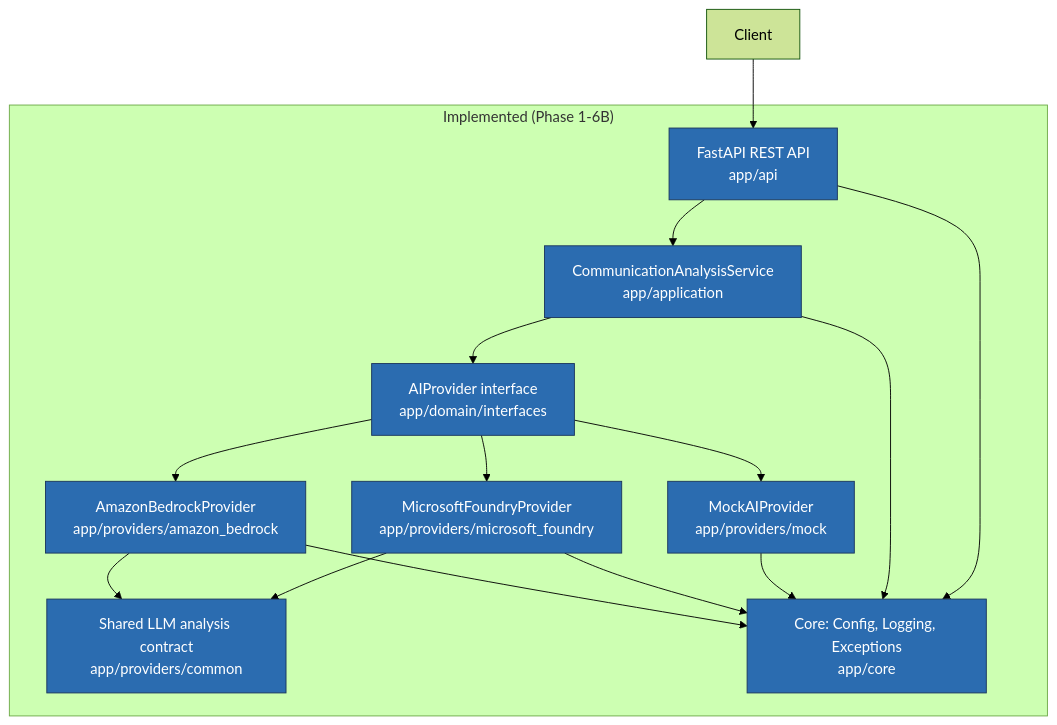
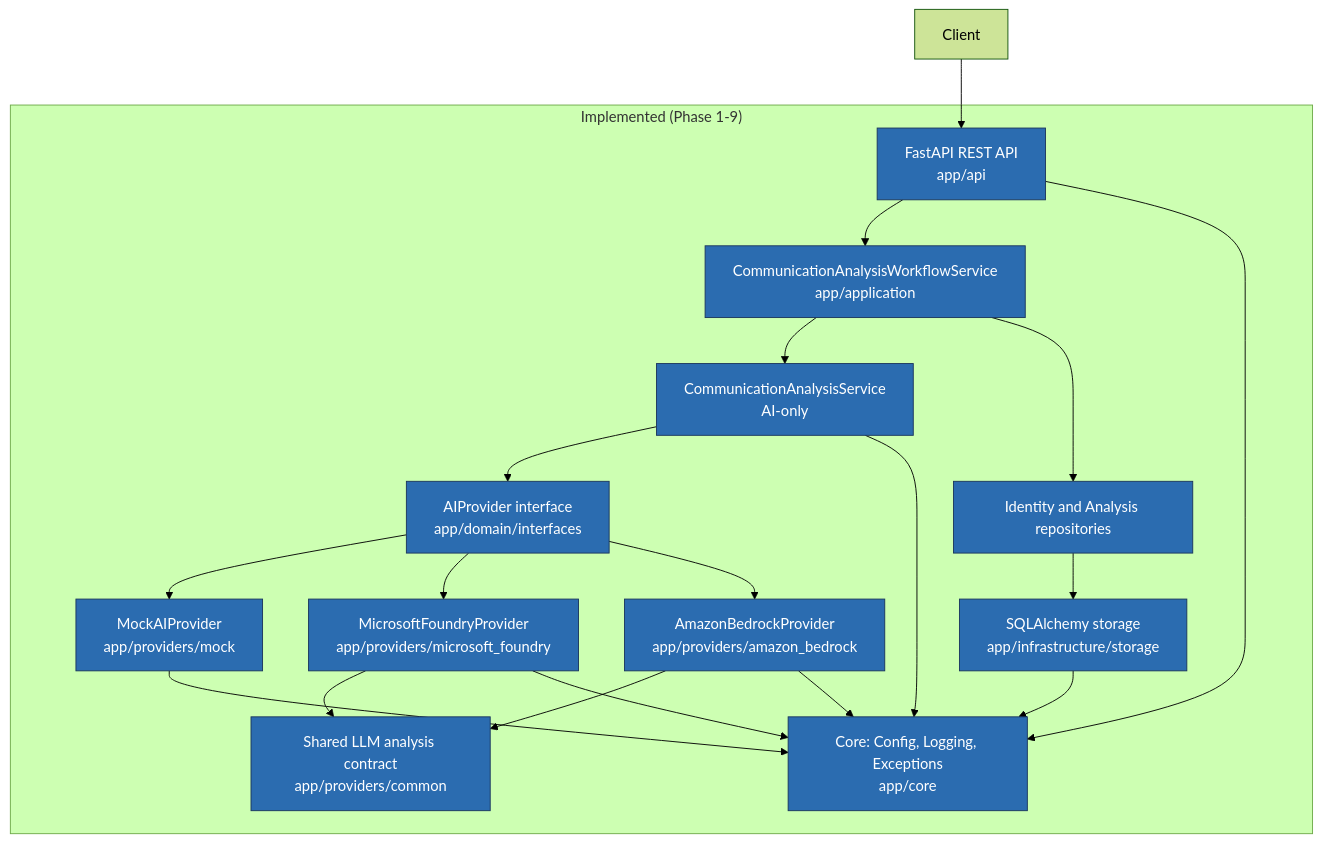
Before and after one commit to Susanta2025-lab/enterprise-communication-intelligence: the diagram in docs/diagrams/architecture.mmd, drawn with Mermaid (forest theme). The commit also changed 34 other files, not shown here.

Commit message:
docs: complete phase 9 persistence architecture

```diff
--- a/docs/diagrams/architecture.mmd
+++ b/docs/diagrams/architecture.mmd
@@ -1,31 +1,38 @@
 graph TB
     Client[Client]
 
-    subgraph Implemented["Implemented (Phase 1-6B)"]
+    subgraph Implemented["Implemented (Phase 1-9)"]
         API["FastAPI REST API<br/>app/api"]
-        App["CommunicationAnalysisService<br/>app/application"]
+        Workflow["CommunicationAnalysisWorkflowService<br/>app/application"]
+        App["CommunicationAnalysisService<br/>AI-only"]
         Iface["AIProvider interface<br/>app/domain/interfaces"]
         Mock["MockAIProvider<br/>app/providers/mock"]
         Foundry["MicrosoftFoundryProvider<br/>app/providers/microsoft_foundry"]
         Bedrock["AmazonBedrockProvider<br/>app/providers/amazon_bedrock"]
         Common["Shared LLM analysis contract<br/>app/providers/common"]
+        Repos["Identity and Analysis repositories"]
+        Storage["SQLAlchemy storage<br/>app/infrastructure/storage"]
         Core["Core: Config, Logging, Exceptions<br/>app/core"]
     end
 
     Client --> API
-    API --> App
+    API --> Workflow
+    Workflow --> App
     App --> Iface
     Iface --> Mock
     Iface --> Foundry
     Iface --> Bedrock
     Foundry --> Common
     Bedrock --> Common
+    Workflow --> Repos
+    Repos --> Storage
     API --> Core
     App --> Core
     Mock --> Core
     Foundry --> Core
     Bedrock --> Core
+    Storage --> Core
 
     classDef implemented fill:#2b6cb0,color:#fff,stroke:#1a365d,stroke-width:1px
 
-    class API,App,Iface,Mock,Foundry,Bedrock,Common,Core implemented
+    class API,Workflow,App,Iface,Mock,Foundry,Bedrock,Common,Repos,Storage,Core implemented
```
